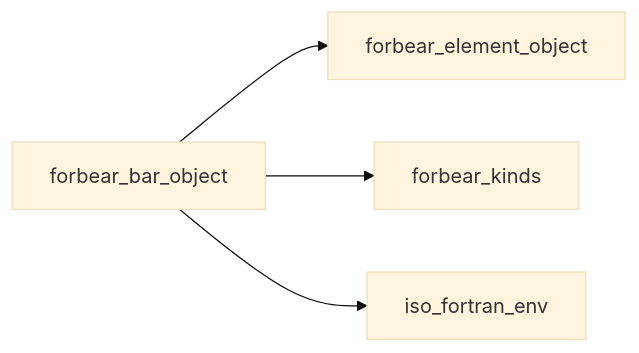
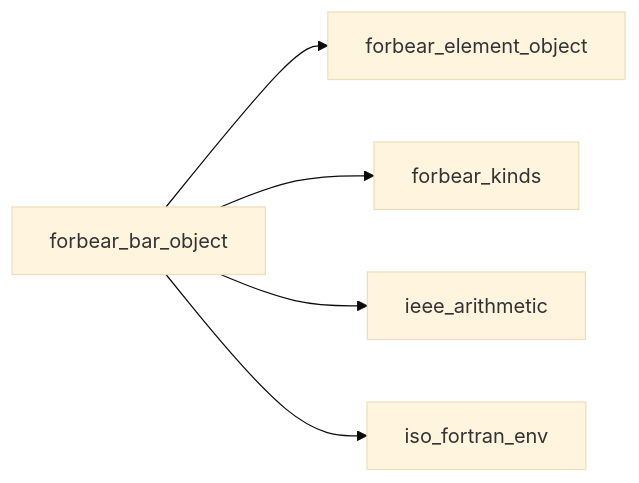
The first of 8 diagrams in docs/api/src/lib/forbear_bar_object.md (szaghi/forbear), drawn with Mermaid (base theme) before and after one commit. The commit also changed other lines of this file and 10 other files, not shown here.

````diff
--- a/docs/api/src/lib/forbear_bar_object.md
+++ b/docs/api/src/lib/forbear_bar_object.md
@@ -11,6 +11,7 @@
 ```mermaid
 graph LR
   forbear_bar_object["forbear_bar_object"] --> forbear_element_object["forbear_element_object"]
   forbear_bar_object["forbear_bar_object"] --> forbear_kinds["forbear_kinds"]
+  forbear_bar_object["forbear_bar_object"] --> ieee_arithmetic["ieee_arithmetic"]
   forbear_bar_object["forbear_bar_object"] --> iso_fortran_env["iso_fortran_env"]
 ```
````
